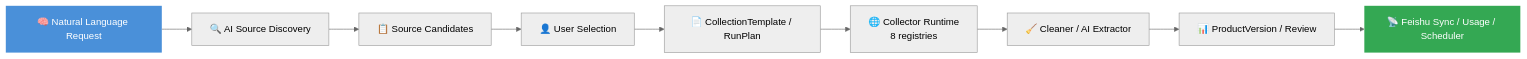
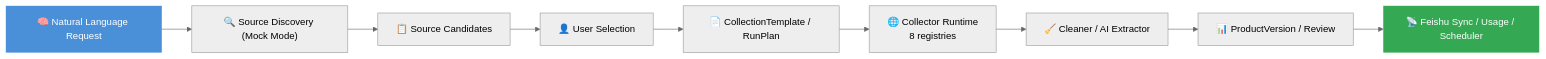
One commit to a672780966/Competitive-Product-Intelligence-System changed the first of 2 diagrams in docs/README.en.md. Above: the diagram before and after it, drawn with Mermaid (neutral theme). The commit also changed other lines of this file and 23 other files, not shown here.

````diff
--- a/docs/README.en.md
+++ b/docs/README.en.md
@@ -53,14 +54,14 @@
 ```mermaid
 flowchart LR
-    A["🧠 Natural Language Request"] --> B["🔍 AI Source Discovery"]
+    A["🧠 Natural Language Request"] --> B["🔍 Source Discovery (Mock Mode)"]
     B --> C["📋 Source Candidates"]
     C --> D["👤 User Selection"]
     D --> E["📄 CollectionTemplate / RunPlan"]
     E --> F["🌐 Collector Runtime<br/>8 registries"]
     F --> G["🧹 Cleaner / AI Extractor"]
     G --> H["📊 ProductVersion / Review"]
     H --> I["📡 Feishu Sync / Usage / Scheduler"]
 
     style A fill:#4A90D9,color:#fff,stroke:none
     style I fill:#34A853,color:#fff,stroke:none
 ```
````
